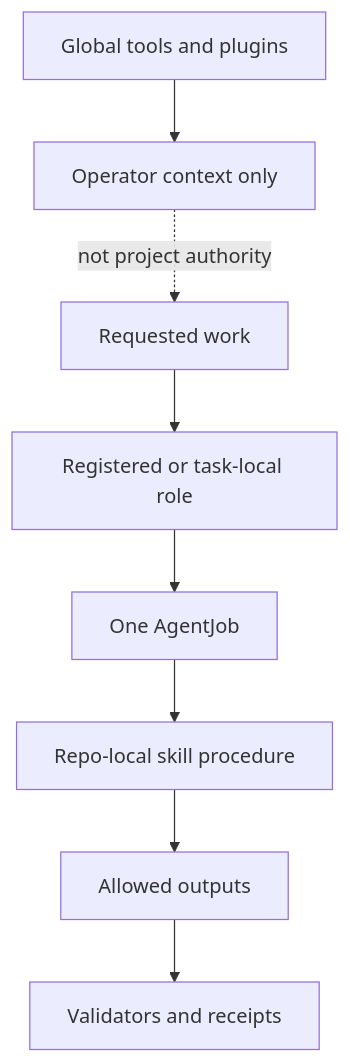
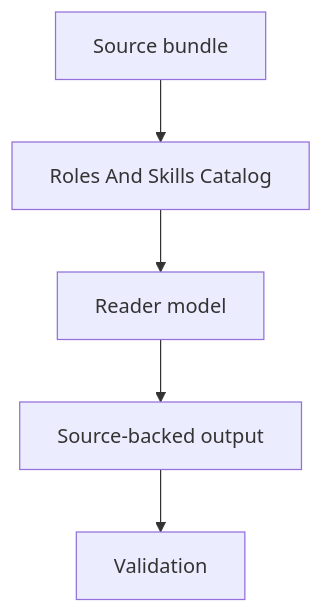
The diagram in github-facing/roles-and-skills-explainer.md (AngryOwlAI/The-AEther-Flow), drawn with Mermaid before and after one commit. The commit also changed other lines of this file and 197 other files, not shown here.

````diff
--- a/github-facing/roles-and-skills-explainer.md
+++ b/github-facing/roles-and-skills-explainer.md
@@ -15,10 +16,7 @@
 ```mermaid
 flowchart TD
-  Work["Requested work"] --> Role["Registered or task-local role"]
-  Role --> Job["One AgentJob"]
-  Job --> Skill["Repo-local skill procedure"]
-  Skill --> Outputs["Allowed outputs"]
-  Outputs --> Validators["Validators and receipts"]
-  GlobalTools["Global tools and plugins"] --> Context["Operator context only"]
-  Context -. "not project authority" .-> Work
+  A["Source bundle"] --> B["Roles And Skills Catalog"]
+  B["Roles And Skills Catalog"] --> C["Reader model"]
+  C["Reader model"] --> D["Source-backed output"]
+  D["Source-backed output"] --> E["Validation"]
 ```
````
